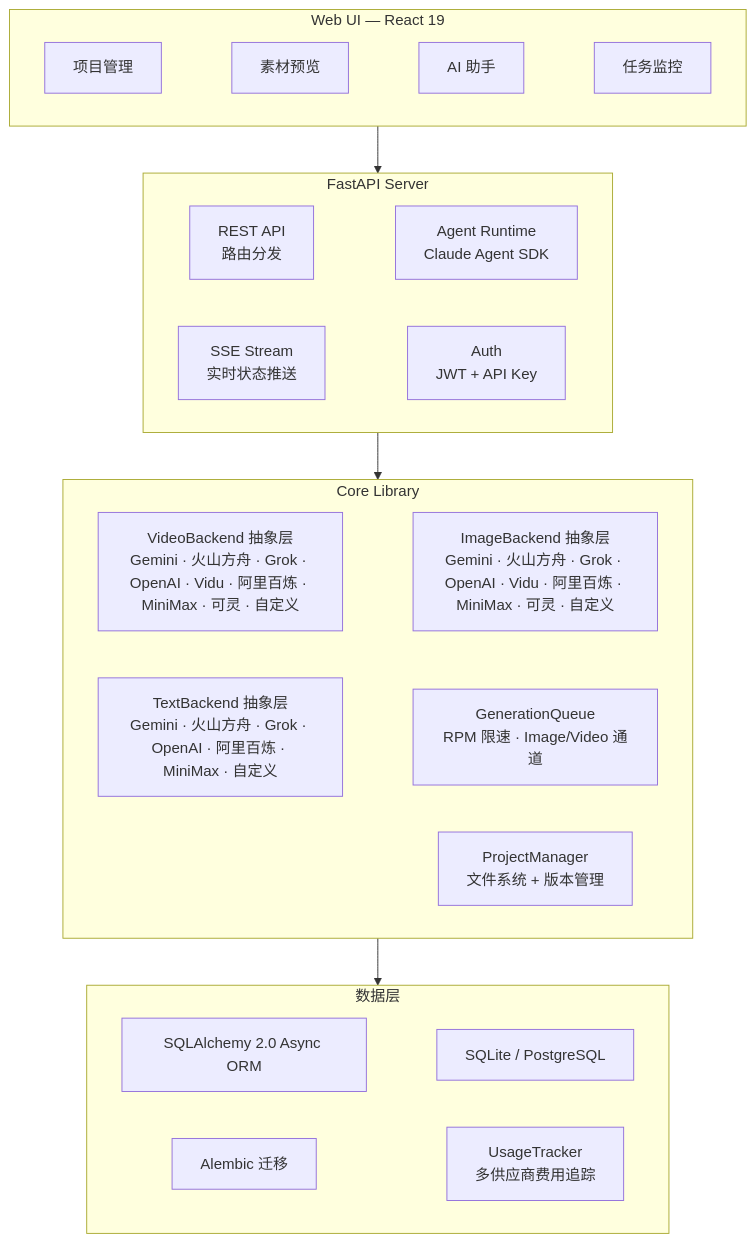
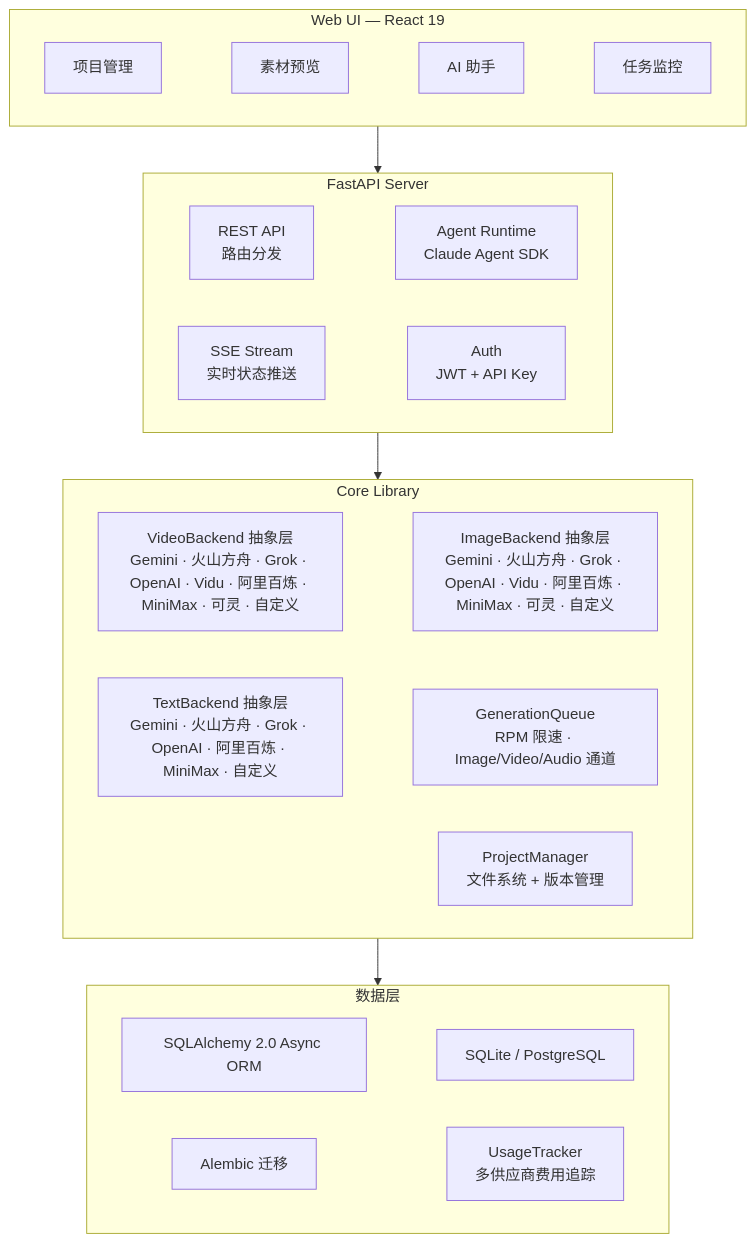
The third of 3 diagrams in README.md (ArcReel/ArcReel), drawn with Mermaid before and after one commit. The commit also changed other lines of this file and 1 other file, not shown here.

Commit message:
docs: 架构图补 Audio 并发通道
GenerationQueue 已是 image/video/audio 三条独立 lane（AUDIO_MAX_WORKERS），TTS 旁白任务走 audio 通道；README / README.en 的异步队列卡片与架构图 C3 节点由 Image/Video 补为 Image/Video/Audio

Claude-Session: https://claude.ai/code/session_01PDBfQfDTSnqN6ZFkcXHqt1

````diff
--- a/README.md
+++ b/README.md
@@ -242,24 +242,24 @@
 ```mermaid
 flowchart TB
     subgraph UI["Web UI — React 19"]
         U1["项目管理"] ~~~ U2["素材预览"] ~~~ U3["AI 助手"] ~~~ U4["任务监控"]
     end
 
     subgraph Server["FastAPI Server"]
         S1["REST API<br/>路由分发"] ~~~ S2["Agent Runtime<br/>Claude Agent SDK"]
         S3["SSE Stream<br/>实时状态推送"] ~~~ S4["Auth<br/>JWT + API Key"]
     end
 
     subgraph Core["Core Library"]
         C1["VideoBackend 抽象层<br/>Gemini · 火山方舟 · Grok · OpenAI · Vidu · 阿里百炼 · MiniMax · 可灵 · 自定义"] ~~~ C2["ImageBackend 抽象层<br/>Gemini · 火山方舟 · Grok · OpenAI · Vidu · 阿里百炼 · MiniMax · 可灵 · 自定义"]
-        C5["TextBackend 抽象层<br/>Gemini · 火山方舟 · Grok · OpenAI · 阿里百炼 · MiniMax · 自定义"] ~~~ C3["GenerationQueue<br/>RPM 限速 · Image/Video 通道"]
+        C5["TextBackend 抽象层<br/>Gemini · 火山方舟 · Grok · OpenAI · 阿里百炼 · MiniMax · 自定义"] ~~~ C3["GenerationQueue<br/>RPM 限速 · Image/Video/Audio 通道"]
         C4["ProjectManager<br/>文件系统 + 版本管理"]
     end
 
     subgraph Data["数据层"]
         D1["SQLAlchemy 2.0 Async ORM"] ~~~ D2["SQLite / PostgreSQL"]
         D3["Alembic 迁移"] ~~~ D4["UsageTracker<br/>多供应商费用追踪"]
     end
 
     UI --> Server --> Core --> Data
 ```
````
